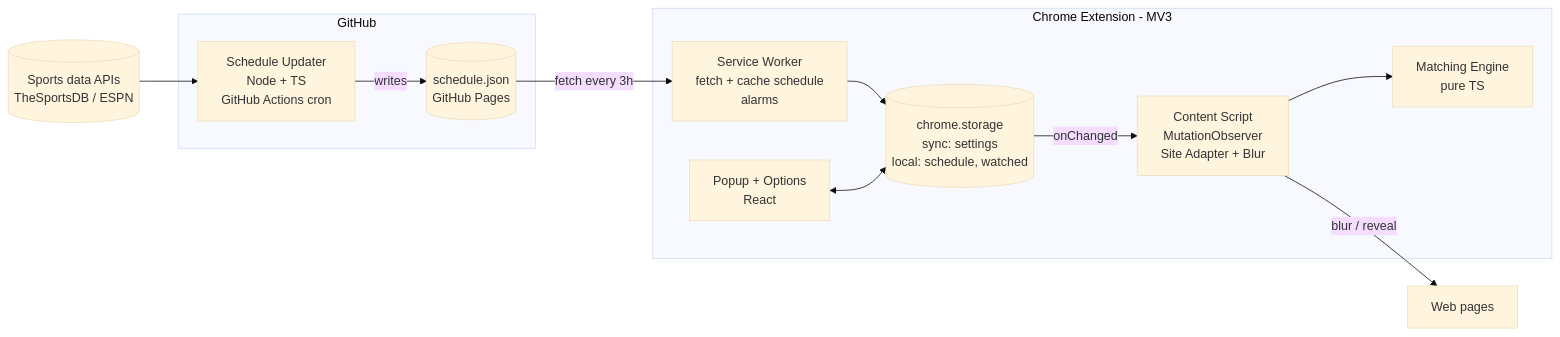
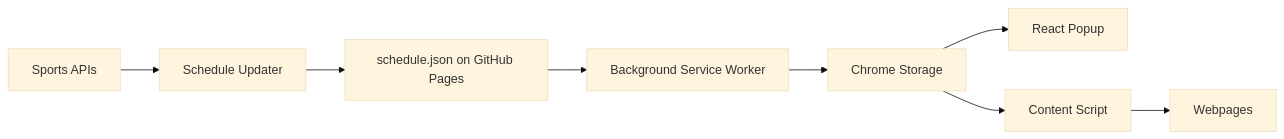
One commit to cis3296-F26-Applebaum-Nguyen/stopspoiling changed the diagram in documentation/docs/requirements/system-block-diagram.md. Above: the diagram before and after it, drawn with Mermaid (base theme). The commit also changed other lines of this file, not shown here.

Commit message:
Document StopSpoiling system architecture

````diff
--- a/documentation/docs/requirements/system-block-diagram.md
+++ b/documentation/docs/requirements/system-block-diagram.md
@@ -19,20 +11,10 @@
 ```mermaid
 flowchart LR
-  subgraph GH[GitHub]
-    A[Schedule Updater<br/>Node + TS<br/>GitHub Actions cron] -->|writes| B[(schedule.json<br/>GitHub Pages)]
-  end
-  APIs[(Sports data APIs<br/>TheSportsDB / ESPN)] --> A
-  subgraph EXT[Chrome Extension - MV3]
-    C[Service Worker<br/>fetch + cache schedule<br/>alarms]
-    D[(chrome.storage<br/>sync: settings<br/>local: schedule, watched)]
-    E[Popup + Options<br/>React]
-    F[Content Script<br/>MutationObserver<br/>Site Adapter + Blur]
-    G[Matching Engine<br/>pure TS]
-  end
-  B -->|fetch every 3h| C
-  C --> D
-  E <--> D
-  D -->|onChanged| F
-  F --> G
-  F -->|blur / reveal| W[Web pages]
+    API[Sports APIs] --> UPDATER[Schedule Updater]
+    UPDATER --> JSON[schedule.json on GitHub Pages]
+    JSON --> WORKER[Background Service Worker]
+    WORKER --> STORAGE[Chrome Storage]
+    STORAGE --> POPUP[React Popup]
+    STORAGE --> CONTENT[Content Script]
+    CONTENT --> WEB[Webpages]
 ```
````
